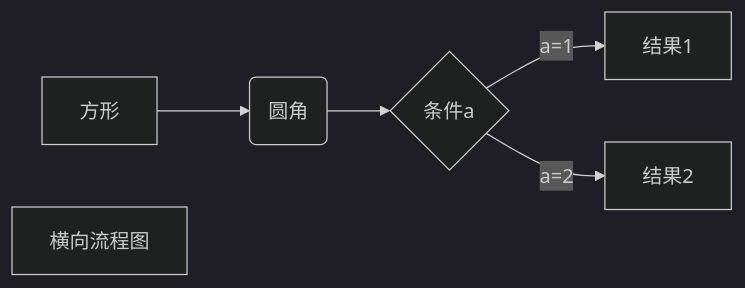
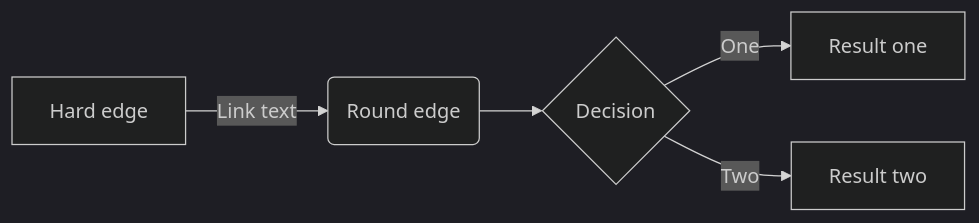
Before and after one commit to DavidZhiXing/Blog: the first of 10 diagrams in typora绘图.md, drawn with Mermaid (dark theme). The commit also changed other lines of this file and 1 other file, not shown here.

````diff
--- a/typora绘图.md
+++ b/typora绘图.md
@@ -3,8 +3,7 @@
 ```mermaid
 graph LR
-A[方形] -->B(圆角)
-    B --> C{条件a}
-    C -->|a=1| D[结果1]
-    C -->|a=2| E[结果2]
-    F[横向流程图]
+    A[Hard edge] -->|Link text| B(Round edge)
+    B --> C{Decision}
+    C -->|One| D[Result one]
+    C -->|Two| E[Result two]
 ```
````
